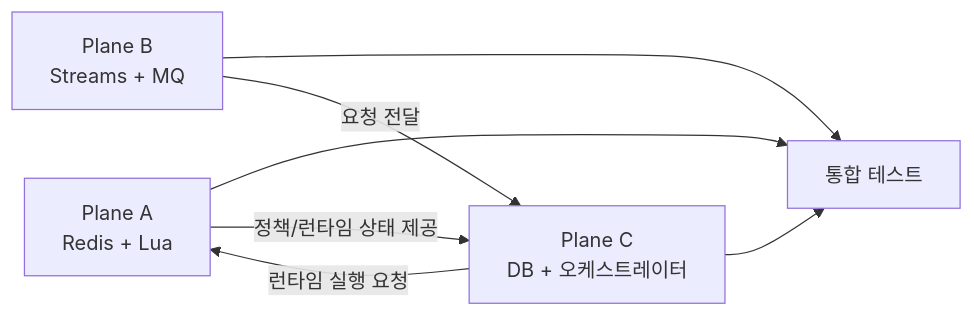
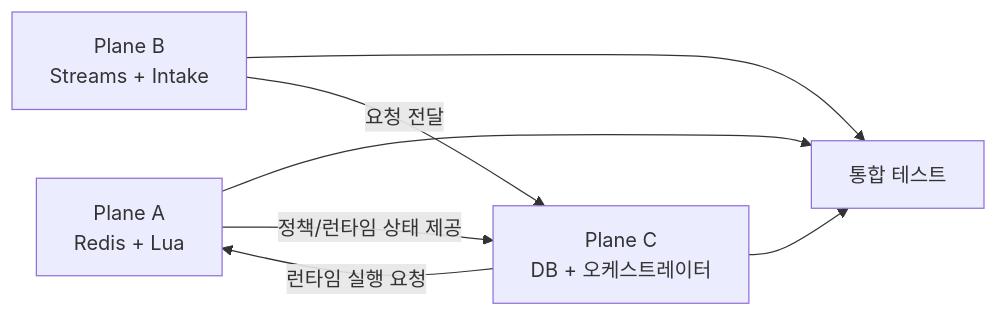
One commit to Iwantcod/pooli-be changed the diagram in docs/traffic-collaboration-guide-v1.md. Above: the diagram before and after it, drawn with Mermaid. The commit also changed other lines of this file, not shown here.

````diff
--- a/docs/traffic-collaboration-guide-v1.md
+++ b/docs/traffic-collaboration-guide-v1.md
@@ -162,9 +173,9 @@
 ```mermaid
 graph LR
     A["Plane A<br/>Redis + Lua"] --> D["통합 테스트"]
-    B["Plane B<br/>Streams + MQ"] --> D
+    B["Plane B<br/>Streams + Intake"] --> D
     C["Plane C<br/>DB + 오케스트레이터"] --> D
     B -- "요청 전달" --> C
     C -- "런타임 실행 요청" --> A
     A -- "정책/런타임 상태 제공" --> C
 ```
````
